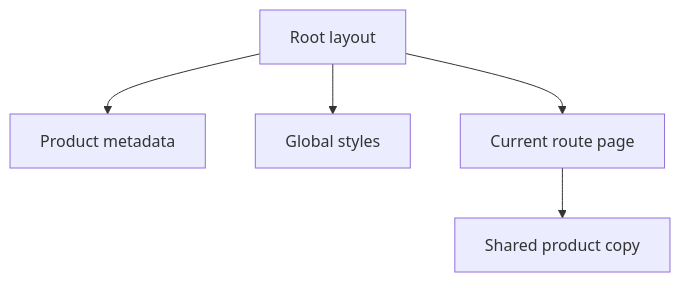
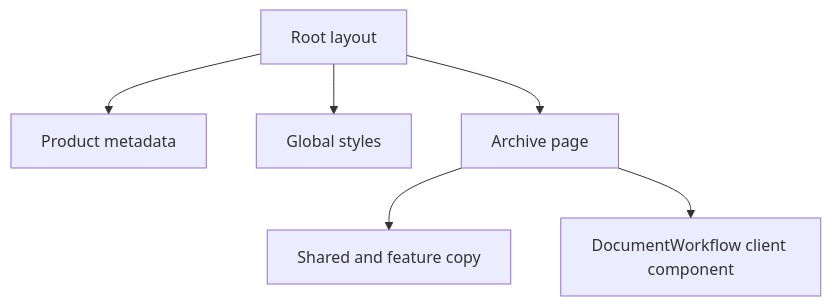
The diagram in frontend/src/app/README.md (rnkraus/investment-research), drawn with Mermaid before and after one commit. The commit also changed other lines of this file and 5 other files, not shown here.

Commit message:
feat(frontend): add document processing workflow

````diff
--- a/frontend/src/app/README.md
+++ b/frontend/src/app/README.md
@@ -15,7 +15,8 @@
 ```mermaid
 flowchart TD
     LAYOUT[Root layout] --> METADATA[Product metadata]
     LAYOUT --> STYLES[Global styles]
-    LAYOUT --> PAGE[Current route page]
-    PAGE --> COPY[Shared product copy]
+    LAYOUT --> PAGE[Archive page]
+    PAGE --> COPY[Shared and feature copy]
+    PAGE --> WORKFLOW[DocumentWorkflow client component]
 ```
````
